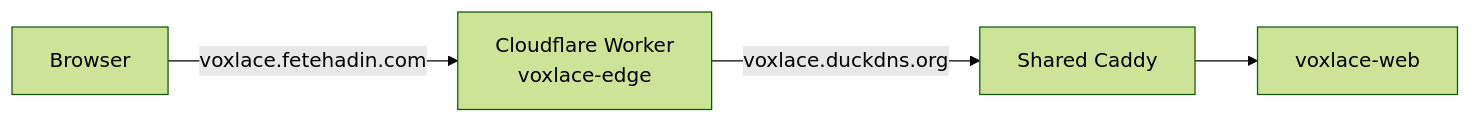
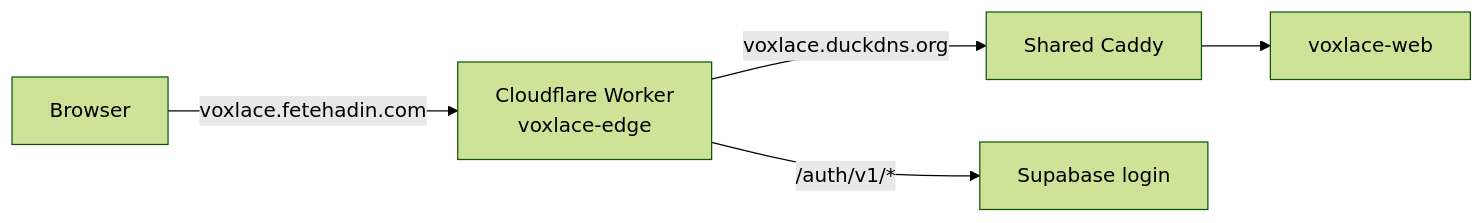
One commit to fetehadin/post-generator changed the third of 3 diagrams in deploy/README.md. Above: the diagram before and after it, drawn with Mermaid (forest theme). The commit also changed other lines of this file and 11 other files, not shown here.

````diff
--- a/deploy/README.md
+++ b/deploy/README.md
@@ -141,6 +138,7 @@
 ```mermaid
 flowchart LR
     Browser -->|voxlace.fetehadin.com| Worker[Cloudflare Worker<br/>voxlace-edge]
     Worker -->|voxlace.duckdns.org| Shared[Shared Caddy]
     Shared --> Web[voxlace-web]
+    Worker -->|/auth/v1/*| SB[Supabase login]
 ```
````
